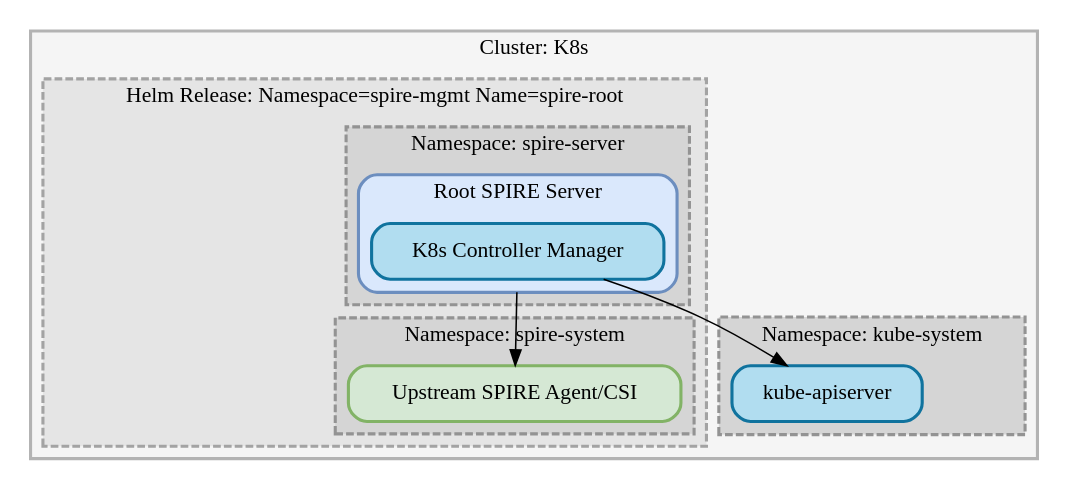
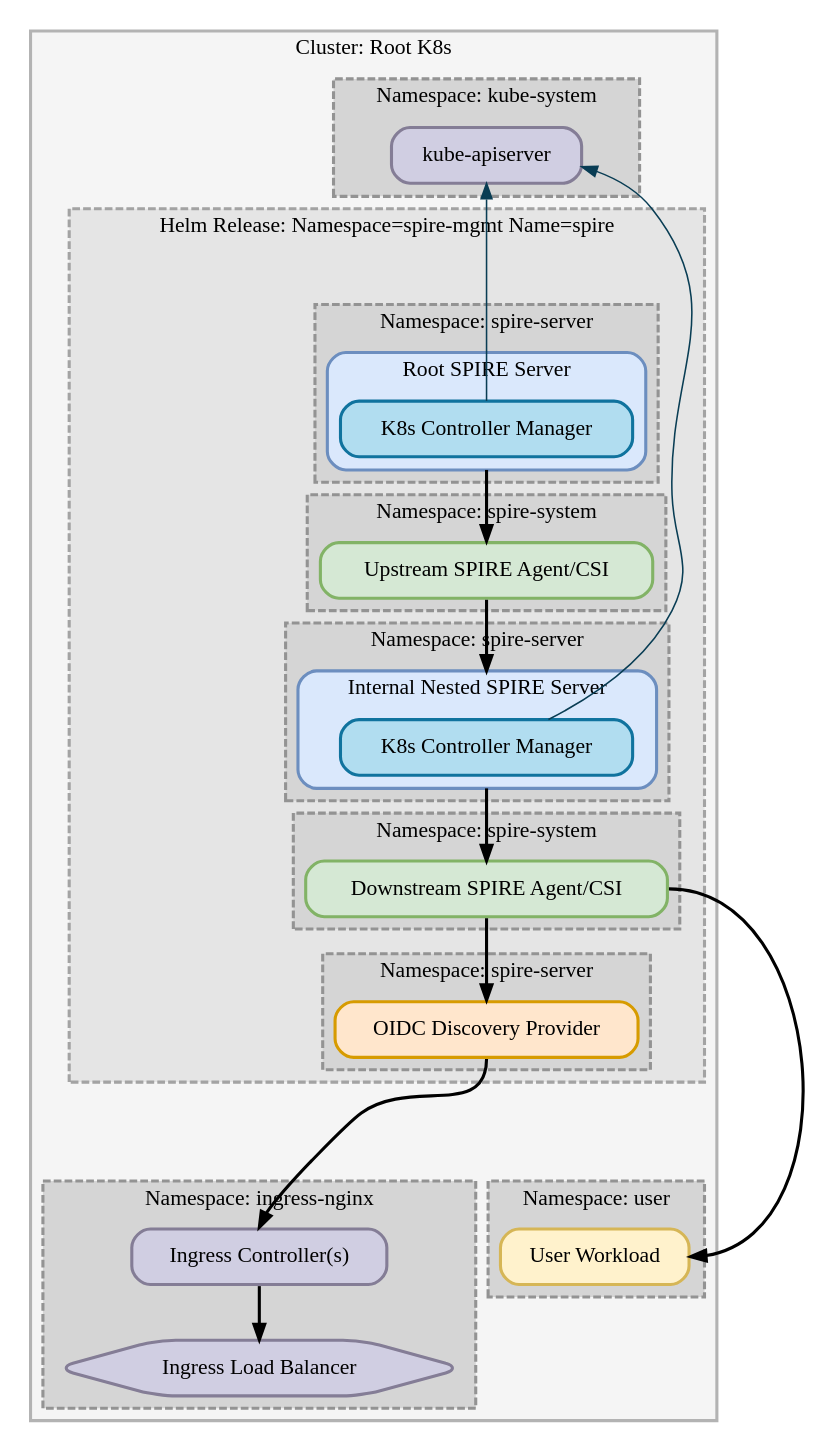
The diagram in static/img/spire-helm-charts-hardened/root-k8s.dot (spiffe/spiffe.io), drawn with Graphviz before and after one commit. The commit also changed 1 other file, not shown here.

Commit message:
Update root cluster diagram

```diff
--- a/static/img/spire-helm-charts-hardened/root-k8s.dot
+++ b/static/img/spire-helm-charts-hardened/root-k8s.dot
@@ -1,44 +1,113 @@
 digraph G {
   compound=true;
+  //splines = ortho;
+  //concentrate=true;
   subgraph cluster_k8s {
-    label="Cluster: K8s";
+    label="Cluster: Root K8s";
     style="filled,solid,bold";
     color="#b3b3b3";
     fillcolor="#f5f5f5";
-    subgraph cluster_root_release {
-      label="Helm Release: Namespace=spire-mgmt Name=spire-root";
-      style="filled,dashed,bold";
-      color="#a3a3a3";
-      fillcolor="#e5e5e5";
-      subgraph cluster_ns_root_server {
-        style="filled,dashed,bold";
-        color="#939393";
-        fillcolor="#d5d5d5";
-        label="Namespace: spire-server"
-        subgraph cluster_ns_root_server_obj {
-          style="filled,rounded,bold";
-          color="#6c8ebf";
-          fillcolor="#dae8fc";
-          label="Root SPIRE Server"
-          spireRoot [label="K8s Controller Manager",shape="record",style="rounded,solid,filled,bold",color="#10739e",fillcolor="#b1ddf0"];
-        }
-      }
-      subgraph cluster_ns_1_system {
-        style="filled,dashed,bold";
-        color="#939393";
-        fillcolor="#d5d5d5";
-        label="Namespace: spire-system"
-        spireUpstreamAgent1 [label="Upstream SPIRE Agent/CSI",shape="box",style="rounded,solid,filled,bold",color="#82b366",fillcolor="#d5e8d4"];
-      }
-    }
     subgraph cluster_ns_root_kube_system {
       style="filled,dashed,bold";
       color="#939393";
       fillcolor="#d5d5d5";
       label="Namespace: kube-system"
-      kubeApiServerRoot [label="kube-apiserver",shape="record",style="rounded,solid,filled,bold",color="#10739e",fillcolor="#b1ddf0"];
+      kubeApiServerRoot [label="kube-apiserver",shape="record",style="rounded,solid,filled,bold",color="#847d96",fillcolor="#d0cee2"];
     }
+    subgraph cluster_main_release {
+      label="Helm Release: Namespace=spire-mgmt Name=spire"
+      style="filled,dashed,bold";
+      color="#a3a3a3";
+      fillcolor="#e5e5e5";
+      subgraph cluster_g1 {
+        style="invis";
+        subgraph cluster_ns_root_server {
+          style="filled,dashed,bold";
+          color="#939393";
+          fillcolor="#d5d5d5";
+          label="Namespace: spire-server"
+          subgraph cluster_ns_root_server_obj {
+            style="filled,rounded,bold";
+            color="#6c8ebf";
+            fillcolor="#dae8fc";
+            label="Root SPIRE Server"
+            spireRoot [label="K8s Controller Manager",shape="record",style="rounded,solid,filled,bold",color="#10739e",fillcolor="#b1ddf0"];
+          }
+        }
+        subgraph cluster_ns_root1_system {
+          style="filled,dashed,bold";
+          color="#939393";
+          fillcolor="#d5d5d5";
+          label="Namespace: spire-system"
+          spireRootUpstreamAgent1 [label="Upstream SPIRE Agent/CSI",shape="box",style="rounded,solid,filled,bold",color="#82b366",fillcolor="#d5e8d4"];
+        }
+        subgraph cluster_ns_nested1iserver {
+          style="filled,dashed,bold";
+          color="#939393";
+          fillcolor="#d5d5d5";
+          label="Namespace: spire-server";
+          subgraph cluster_ns_internal_server_obj {
+            style="filled,rounded,bold";
+            color="#6c8ebf";
+            fillcolor="#dae8fc";
+            label="Internal Nested SPIRE Server"
+            spireServerNestedi [label="K8s Controller Manager",shape="record",style="rounded,solid,filled,bold",color="#10739e",fillcolor="#b1ddf0"];
+          }
+        }
+        subgraph cluster_ns_nestedi_system {
+          style="filled,dashed,bold";
+          color="#939393";
+          fillcolor="#d5d5d5";
+          label="Namespace: spire-system";
+          spireDownstreamAgenti [label="Downstream SPIRE Agent/CSI",shape="box",style="rounded,solid,filled,bold",color="#82b366",fillcolor="#d5e8d4"];
+        }
+      }
+      subgraph cluster_ns_nestedi_system2 {
+        style="filled,dashed,bold";
+        color="#939393";
+        fillcolor="#d5d5d5";
+        label="Namespace: spire-server";
+        oidc [label="OIDC Discovery Provider",shape="box",style="rounded,solid,filled,bold",color="#d79b00",fillcolor="#ffe6cc"];
+      }
+    }
+    subgraph cluster_ns_nestede_kube_system {
+      style="filled,dashed,bold";
+      color="#939393";
+      fillcolor="#d5d5d5";
+      label="Namespace: ingress-nginx";
+      ic [label="Ingress Controller(s)",shape="box",style="rounded,solid,filled,bold",color="#847d96",fillcolor="#d0cee2"];
+      ie [label="Ingress Load Balancer",shape="hexagon",style="rounded,solid,filled,bold",color="#847d96",fillcolor="#d0cee2"];
+    }
+    subgraph cluster_ns_nestede_system {
+      style="filled,dashed,bold";
+      color="#939393";
+      fillcolor="#d5d5d5";
+      label="Namespace: user";
+      userWorkloadi1 [label="User Workload",shape="box",style="rounded,solid,filled,bold",color="#d6b656",fillcolor="#fff2cc"];
+    }
+    p3 [style=invis];
   }
-  spireRoot -> kubeApiServerRoot;
-  spireRoot -> spireUpstreamAgent1 [ltail=cluster_ns_root_server_obj];
+
+  oidc -> p3 [weight=20,style=invis];
+  p3 -> ic [style=invis];
+  p3 -> userWorkloadi1 [weight=20,style=invis];
+
+  oidc:s -> ic:n [style=bold];
+
+  //root
+  kubeApiServerRoot -> spireRoot [dir=back,color="#093d54"];
+  kubeApiServerRoot -> spireServerNestedi [dir=back,constraint=false,color="#093d54"];
+  spireRoot:s -> spireRootUpstreamAgent1:n [ltail=cluster_ns_root_server_obj,weight=20,style=bold];
+
+  //internal
+  spireRootUpstreamAgent1:s -> spireServerNestedi:n [lhead=cluster_ns_internal_server_obj,weight=20,style=bold];
+  spireServerNestedi -> spireDownstreamAgenti [ltail=cluster_ns_internal_server_obj,weight=20,style=bold];
+  spireDownstreamAgenti:s -> oidc:n [weight=20,style=bold];
+  spireDownstreamAgenti:e -> userWorkloadi1:e [style=bold];
+
+  //formatting
+  oidc -> ic [style=invis];
+  oidc -> userWorkloadi1 [style=invis];
+
+  ic:s -> ie [weight=20,style=bold];
 }
```
